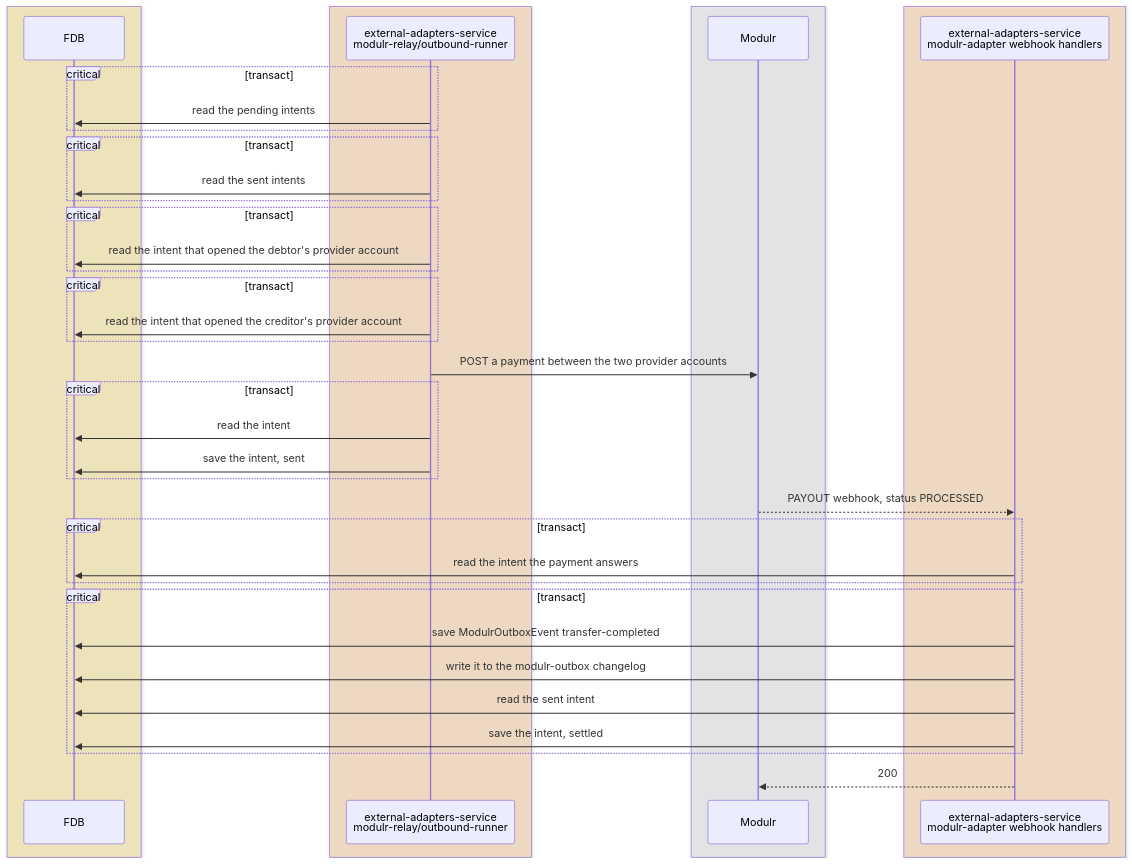
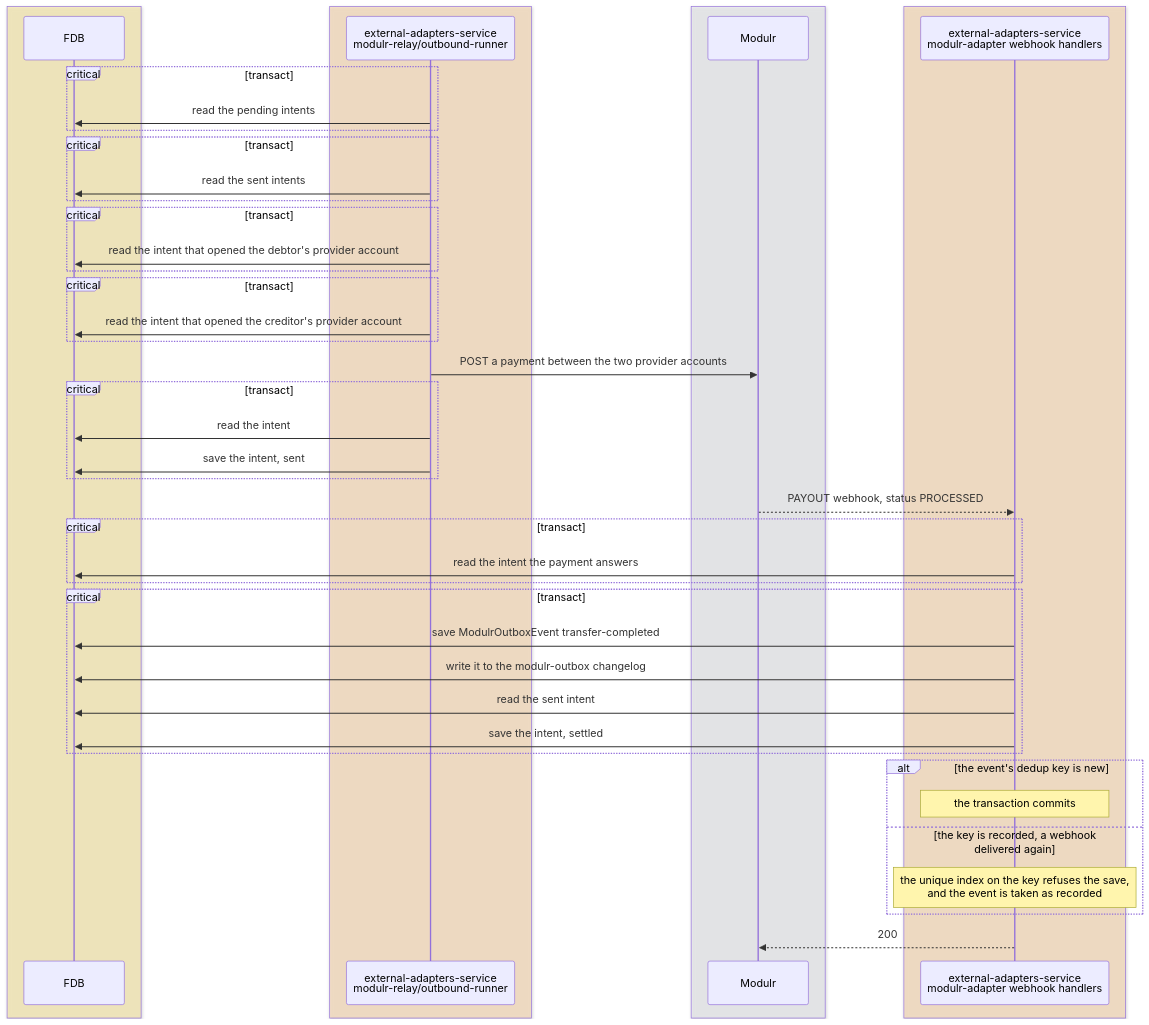
One commit to repldriven/queenswood changed the sixth of 7 diagrams in docs/tdd/payments-internal.md. Above: the diagram before and after it, drawn with Mermaid. The commit also changed other lines of this file, not shown here.

First line of the commit message:
Draw each FDB transaction as a commit to it, and name every participant as it is in the code

````diff
--- a/docs/tdd/payments-internal.md
+++ b/docs/tdd/payments-internal.md
@@ -229,43 +306,48 @@
 ```mermaid
 sequenceDiagram
     box rgba(255, 236, 153, 0.5)
     participant DB as FDB
     end
     box rgba(255, 216, 168, 0.5)
     participant IP as external-adapters-service<br/>modulr-relay/outbound-runner
     end
     box rgba(233, 236, 239, 0.5)
     participant PR as Modulr
     end
     box rgba(255, 216, 168, 0.5)
     participant WH as external-adapters-service<br/>modulr-adapter webhook handlers
     end
     critical transact
     IP->>DB: read the pending intents
     end
     critical transact
     IP->>DB: read the sent intents
     end
     critical transact
     IP->>DB: read the intent that opened the debtor's provider account
     end
     critical transact
     IP->>DB: read the intent that opened the creditor's provider account
     end
     IP->>PR: POST a payment between the two provider accounts
     critical transact
     IP->>DB: read the intent
     IP->>DB: save the intent, sent
     end
     PR-->>WH: PAYOUT webhook, status PROCESSED
     critical transact
     WH->>DB: read the intent the payment answers
     end
     critical transact
     WH->>DB: save ModulrOutboxEvent transfer-completed
     WH->>DB: write it to the modulr-outbox changelog
     WH->>DB: read the sent intent
     WH->>DB: save the intent, settled
     end
+    alt the event's dedup key is new
+    Note over WH: the transaction commits
+    else the key is recorded, a webhook delivered again
+    Note over WH: the unique index on the key refuses the save,<br/>and the event is taken as recorded
+    end
     WH-->>PR: 200
 ```
````
